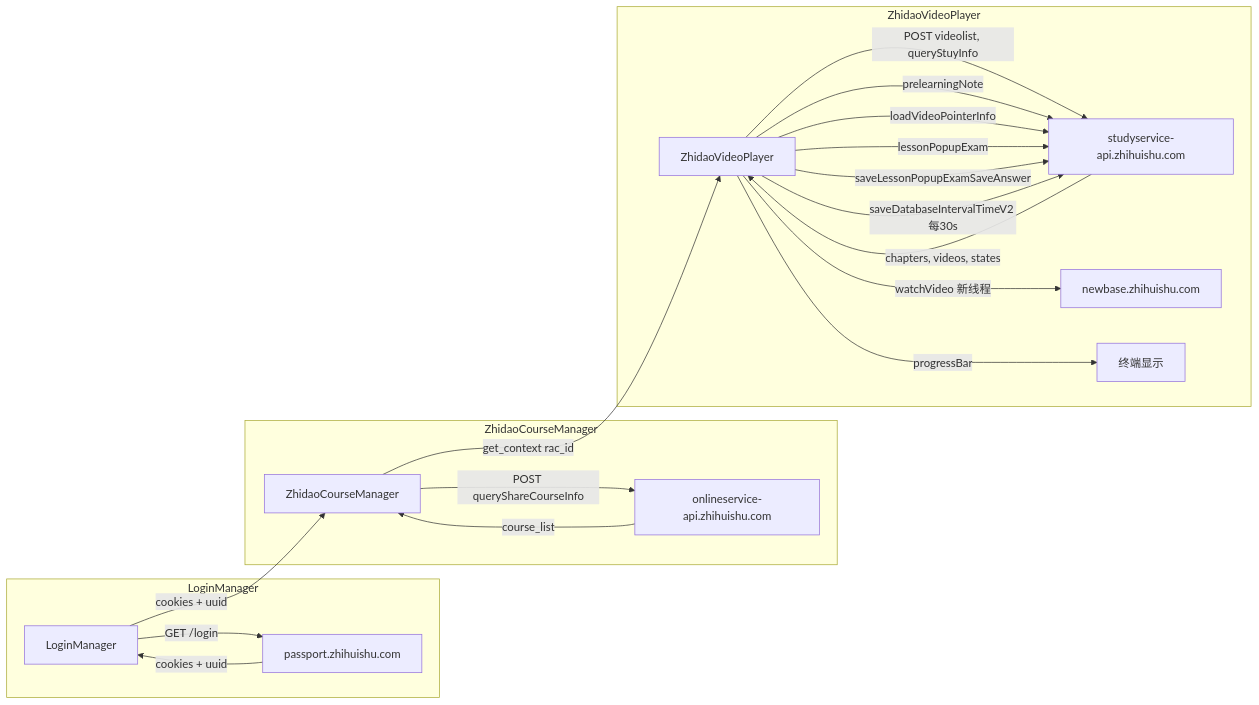
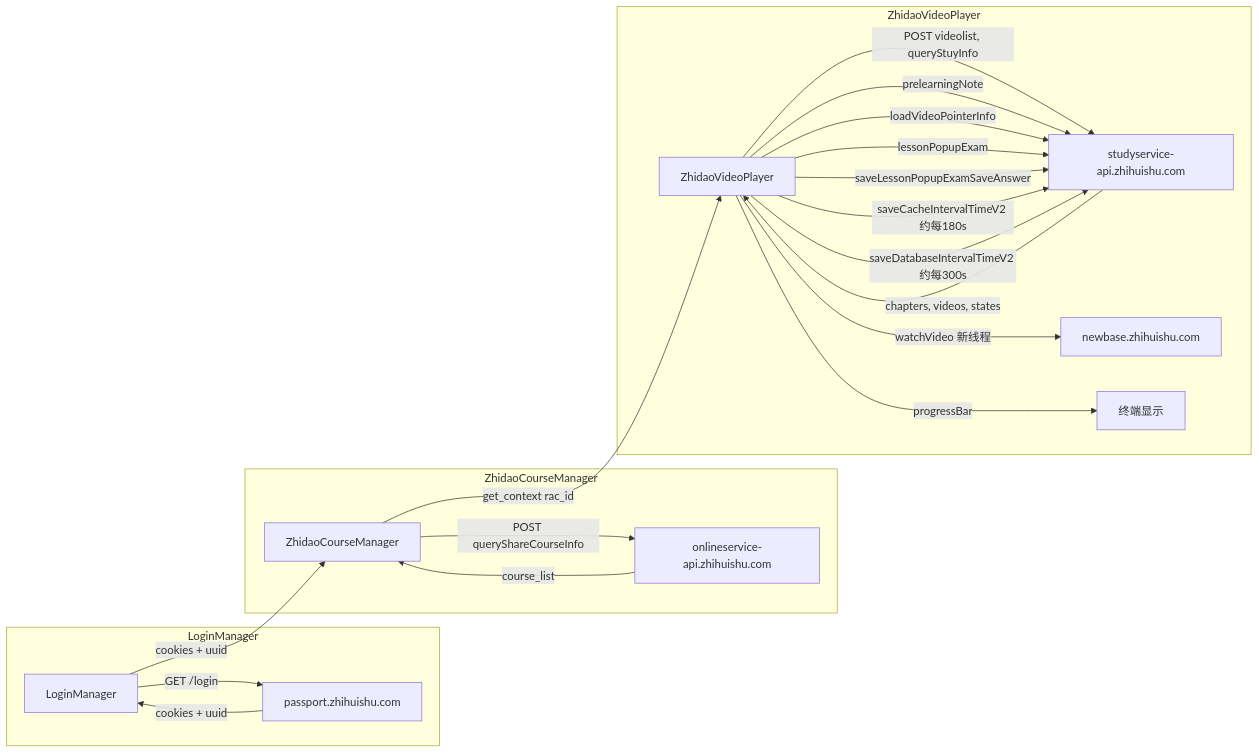
One commit to pjm314159/zhs changed diagram 11 of 15 in docs/design.md. Above: the diagram before and after it, drawn with Mermaid. The commit also changed other lines of this file and 6 other files, not shown here.

````diff
--- a/docs/design.md
+++ b/docs/design.md
@@ -2139,28 +2283,29 @@
 ```mermaid
 flowchart LR
     subgraph LoginManager
         LM[LoginManager] -->|GET /login| PP[passport.zhihuishu.com]
         PP -->|cookies + uuid| LM
     end
 
     LM -->|cookies + uuid| CM
 
     subgraph ZhidaoCourseManager
         CM[ZhidaoCourseManager] -->|POST queryShareCourseInfo| OS[onlineservice-api.zhihuishu.com]
         OS -->|course_list| CM
     end
 
     CM -->|get_context rac_id| VP
 
     subgraph ZhidaoVideoPlayer
         VP[ZhidaoVideoPlayer] -->|POST videolist, queryStuyInfo| SS[studyservice-api.zhihuishu.com]
         SS -->|chapters, videos, states| VP
         VP -->|prelearningNote| SS
         VP -->|loadVideoPointerInfo| SS
         VP -->|watchVideo 新线程| NB[newbase.zhihuishu.com]
         VP -->|lessonPopupExam| SS
         VP -->|saveLessonPopupExamSaveAnswer| SS
-        VP -->|saveDatabaseIntervalTimeV2 每30s| SS
+        VP -->|saveCacheIntervalTimeV2 约每180s| SS
+        VP -->|saveDatabaseIntervalTimeV2 约每300s| SS
         VP -->|progressBar| UI[终端显示]
     end
 ```
````
